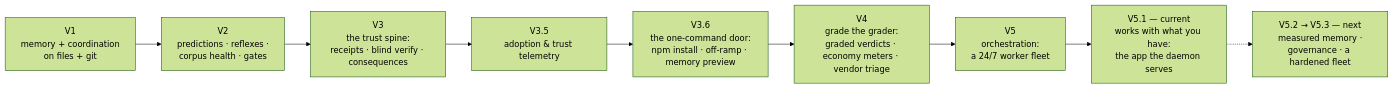
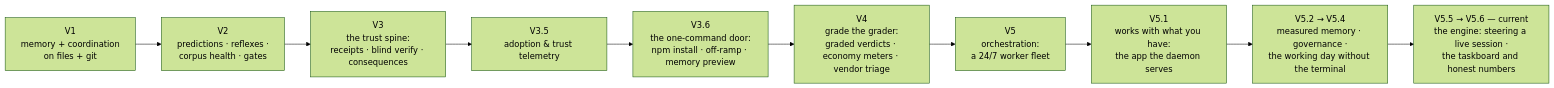
Before and after one commit to sma-framework/sma: diagram 24 of 24 in docs/DETAILS.md, drawn with Mermaid (forest theme). The commit also changed other lines of this file and 1 other file, not shown here.

````diff
--- a/docs/DETAILS.md
+++ b/docs/DETAILS.md
@@ -914,11 +1142,12 @@
 ```mermaid
 flowchart LR
     V1["V1<br>memory + coordination<br>on files + git"] --> V2["V2<br>predictions · reflexes ·<br>corpus health · gates"]
     V2 --> V3["V3<br>the trust spine:<br>receipts · blind verify · consequences"]
     V3 --> V35["V3.5<br>adoption & trust telemetry"]
     V35 --> V36["V3.6<br>the one-command door:<br>npm install · off-ramp · memory preview"]
     V36 --> V4["V4<br>grade the grader:<br>graded verdicts · economy meters · vendor triage"]
     V4 --> V5["V5<br>orchestration:<br>a 24/7 worker fleet"]
-    V5 --> V51["V5.1 — current<br>works with what you have:<br>the app the daemon serves"]
-    V51 -.-> V52["V5.2 → V5.3 — next<br>measured memory ·<br>governance · a hardened fleet"]
+    V5 --> V51["V5.1<br>works with what you have:<br>the app the daemon serves"]
+    V51 --> V52["V5.2 → V5.4<br>measured memory · governance ·<br>the working day without the terminal"]
+    V52 --> V55["V5.5 → V5.6 — current<br>the engine: steering a live session ·<br>the taskboard and honest numbers"]
 ```
````
